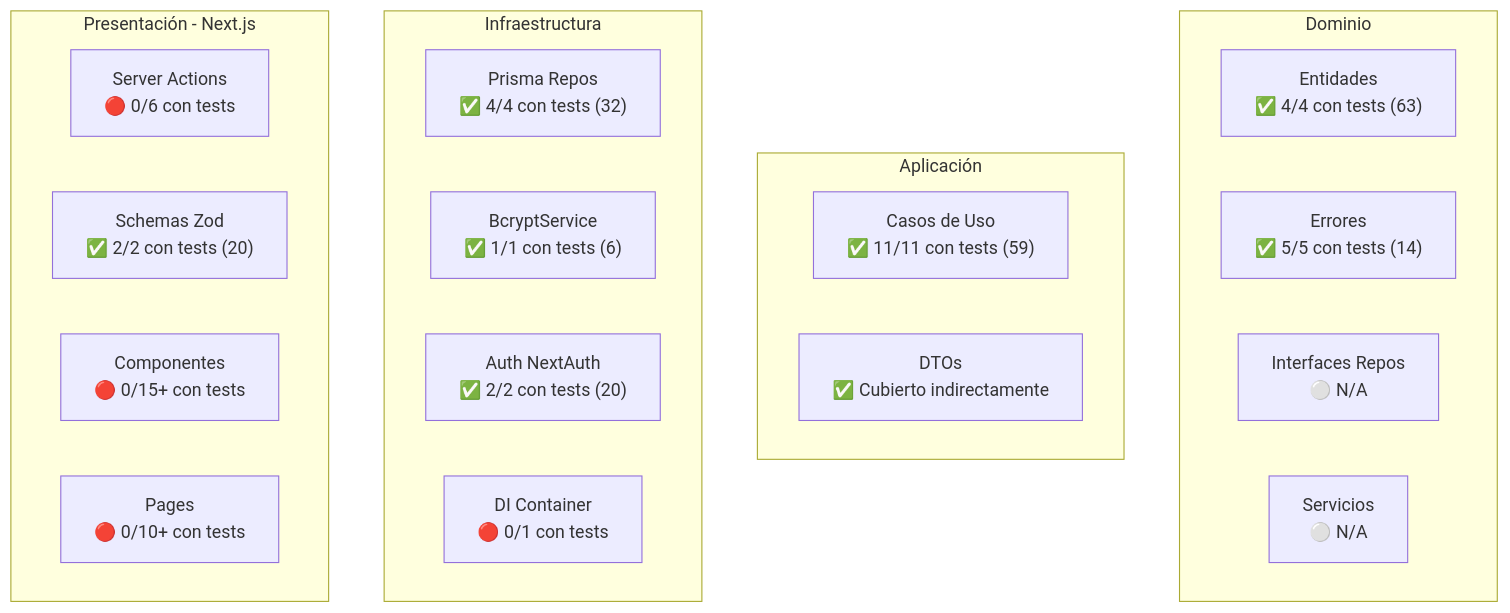
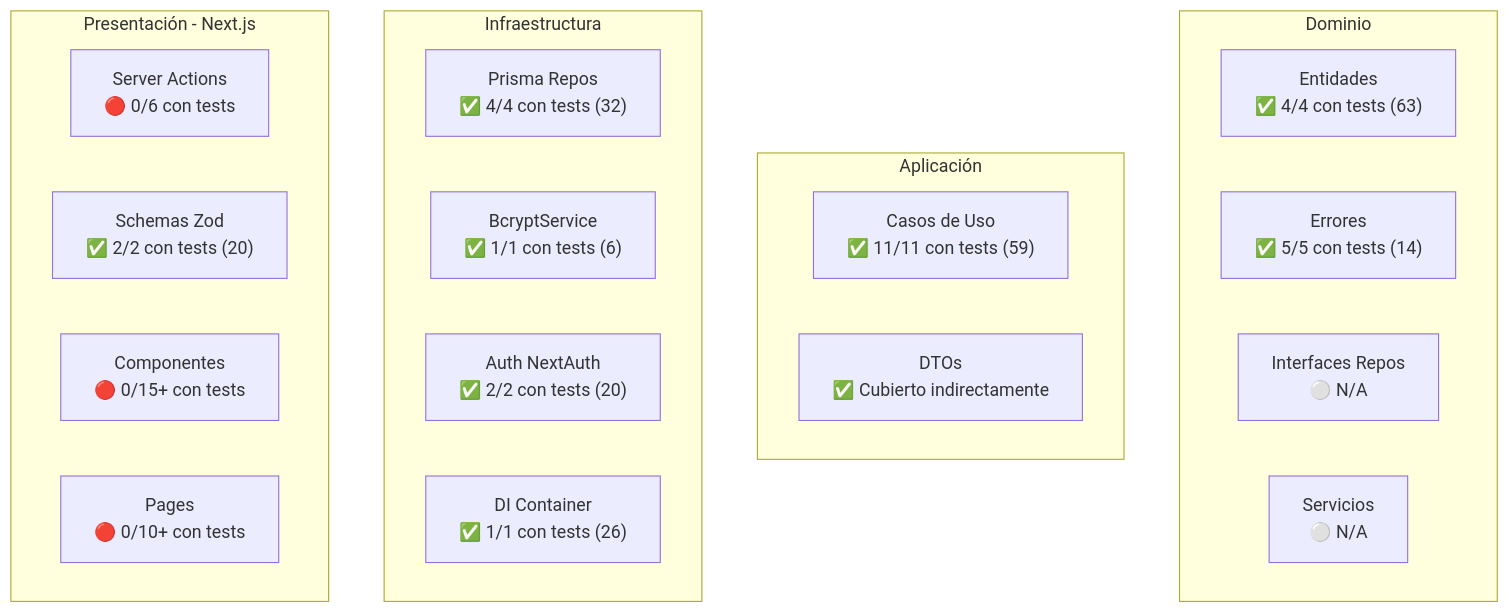
One commit to josepascual21/sendanipona changed the diagram in docs/auditoria_testing.md. Above: the diagram before and after it, drawn with Mermaid. The commit also changed other lines of this file and 1 other file, not shown here.

````diff
--- a/docs/auditoria_testing.md
+++ b/docs/auditoria_testing.md
@@ -213,28 +225,28 @@
 ```mermaid
 graph TB
     subgraph "Dominio"
         E["Entidades<br/>✅ 4/4 con tests (63)"]
         ER["Errores<br/>✅ 5/5 con tests (14)"]
         R["Interfaces Repos<br/>⚪ N/A"]
         S["Servicios<br/>⚪ N/A"]
     end
 
     subgraph "Aplicación"
         UC["Casos de Uso<br/>✅ 11/11 con tests (59)"]
         D["DTOs<br/>✅ Cubierto indirectamente"]
     end
 
     subgraph "Infraestructura"
         PR["Prisma Repos<br/>✅ 4/4 con tests (32)"]
         PS["BcryptService<br/>✅ 1/1 con tests (6)"]
         AU["Auth NextAuth<br/>✅ 2/2 con tests (20)"]
-        DI["DI Container<br/>🔴 0/1 con tests"]
+        DI["DI Container<br/>✅ 1/1 con tests (26)"]
     end
 
     subgraph "Presentación - Next.js"
         SA["Server Actions<br/>🔴 0/6 con tests"]
         SC["Schemas Zod<br/>✅ 2/2 con tests (20)"]
         CO["Componentes<br/>🔴 0/15+ con tests"]
         PA["Pages<br/>🔴 0/10+ con tests"]
     end
 ```
````
